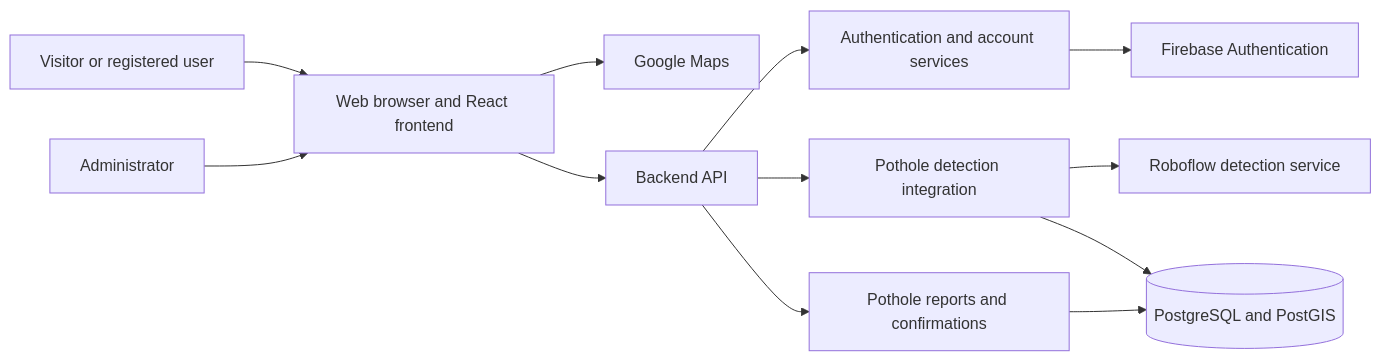
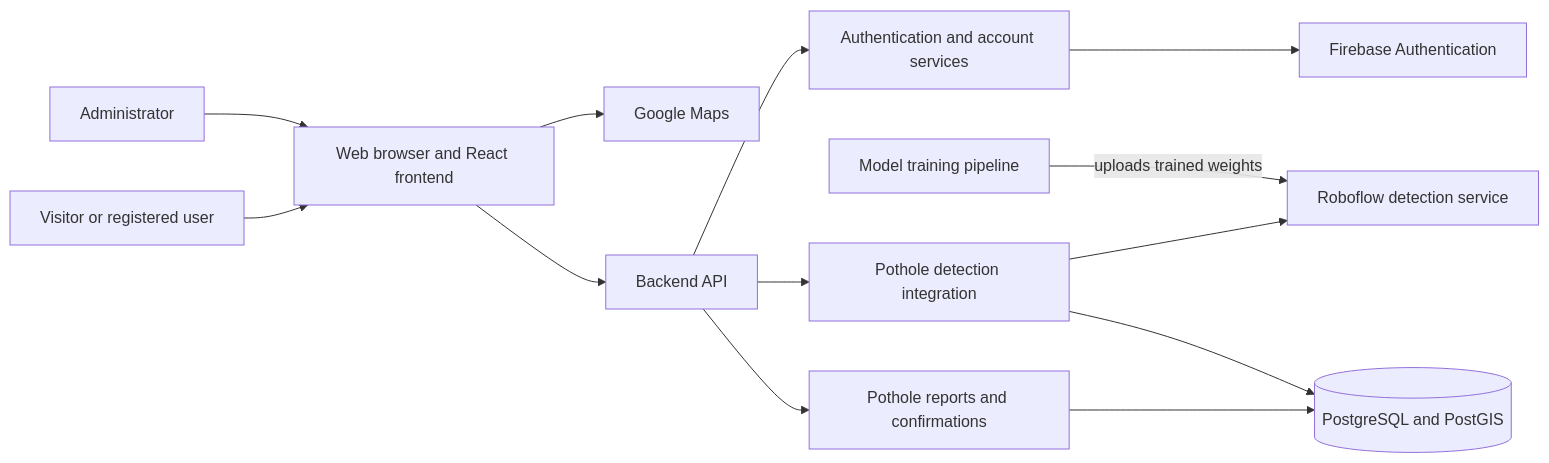
Before and after one commit to QuangMinhNguyen27405/CEN4090L-open-pothole-tracker: the third of 9 diagrams in RD_REPORT.md, drawn with Mermaid. The commit also changed other lines of this file and 1 other file, not shown here.

Commit message:
update RD and IT reports for model training (#74)

````diff
--- a/RD_REPORT.md
+++ b/RD_REPORT.md
@@ -228,14 +228,15 @@
 ```mermaid
 flowchart LR
   User[Visitor or registered user] --> Browser[Web browser and React frontend]
   Admin[Administrator] --> Browser
   Browser --> Maps[Google Maps]
   Browser --> API[Backend API]
   API --> Auth[Authentication and account services]
   API --> Detection[Pothole detection integration]
   API --> Reports[Pothole reports and confirmations]
   Detection --> Model[Roboflow detection service]
+  Training[Model training pipeline] -->|uploads trained weights| Model
   Auth --> Firebase[Firebase Authentication]
   Reports --> DB[(PostgreSQL and PostGIS)]
   Detection --> DB
 ```
````
